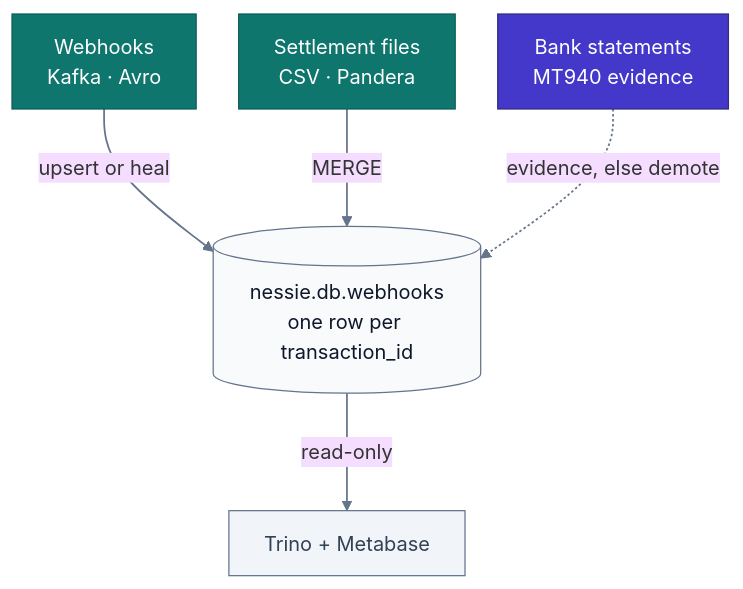
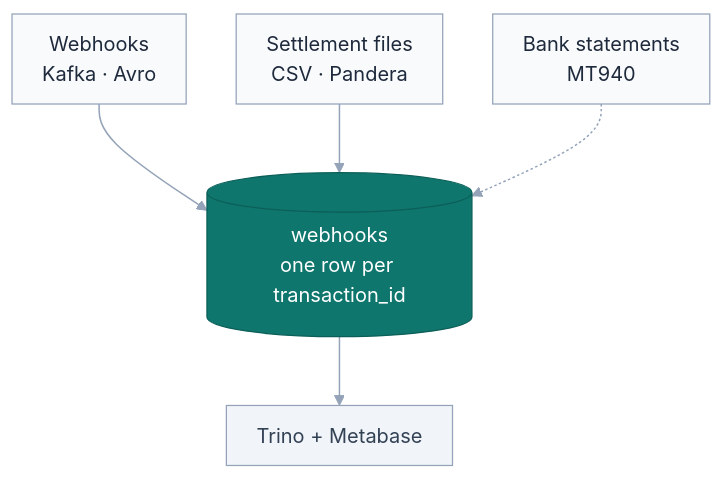
The diagram in README.md (DhanushPillay/tx-recon), drawn with Mermaid (base theme) before and after one commit. The commit also changed other lines of this file and 1 other file, not shown here.

Commit message:
docs: simplify the diagrams to three compact views
The README had two diagrams for one idea. Keep one context diagram with three sources, the table, and the reader. Drop the edge labels: they rendered as low-contrast pills and the prose already names the verbs.

The architecture page gets a container view with the publish gate and a flat MERGE outcomes fan-out instead of the tall tree. Conditions live in the outcome nodes; the exact arm details stay in the prose. The palette is neutral with one teal accent, and every node names its text color.

````diff
--- a/README.md
+++ b/README.md
@@ -37,23 +37,22 @@
 ```mermaid
-%%{init: {"look": "classic", "layout": "dagre", "flowchart": {"curve": "basis", "nodeSpacing": 34, "rankSpacing": 70, "padding": 14, "useMaxWidth": true}}}%%
+%%{init: {"look": "classic", "layout": "dagre", "flowchart": {"curve": "basis", "nodeSpacing": 40, "rankSpacing": 55, "padding": 12, "useMaxWidth": true}}}%%
 flowchart TB
-  accTitle: Three legs, one table
+  accTitle: Three sources, one table
   accDescr: Gateway webhooks and settlement files write to one Iceberg table, bank statements add evidence, and Trino reads it.
 
-  W["Webhooks<br/>Kafka · Avro"]:::ing
-  S["Settlement files<br/>CSV · Pandera"]:::ing
-  B["Bank statements<br/>MT940 evidence"]:::bank
-  T[("nessie.db.webhooks<br/>one row per transaction_id")]:::store
+  GW["Webhooks<br/>Kafka · Avro"]:::src
+  CSV["Settlement files<br/>CSV · Pandera"]:::src
+  BANK["Bank statements<br/>MT940"]:::src
+  WEB[("webhooks<br/>one row per transaction_id")]:::store
   BI["Trino + Metabase"]:::serve
 
-  W -->|"upsert or heal"| T
-  S -->|"MERGE"| T
-  B -.->|"evidence, else demote"| T
-  T -->|"read-only"| BI
+  GW --> WEB
+  CSV --> WEB
+  BANK -.-> WEB
+  WEB --> BI
 
-  classDef ing fill:#0F766E,stroke:#0B5F58,color:#FFFFFF,stroke-width:1px;
-  classDef bank fill:#4338CA,stroke:#312E81,color:#FFFFFF,stroke-width:1px;
-  classDef store fill:#F8FAFC,stroke:#64748B,color:#0F172A,stroke-width:1px;
-  classDef serve fill:#F1F5F9,stroke:#64748B,color:#334155,stroke-width:1px;
-  linkStyle default stroke:#64748B,stroke-width:1.4px;
+  classDef src fill:#F8FAFC,stroke:#94A3B8,color:#1E293B,stroke-width:1px;
+  classDef serve fill:#F1F5F9,stroke:#94A3B8,color:#334155,stroke-width:1px;
+  classDef store fill:#0F766E,stroke:#0B5F58,color:#FFFFFF,stroke-width:1px;
+  linkStyle default stroke:#94A3B8,stroke-width:1.2px;
 ```
````
